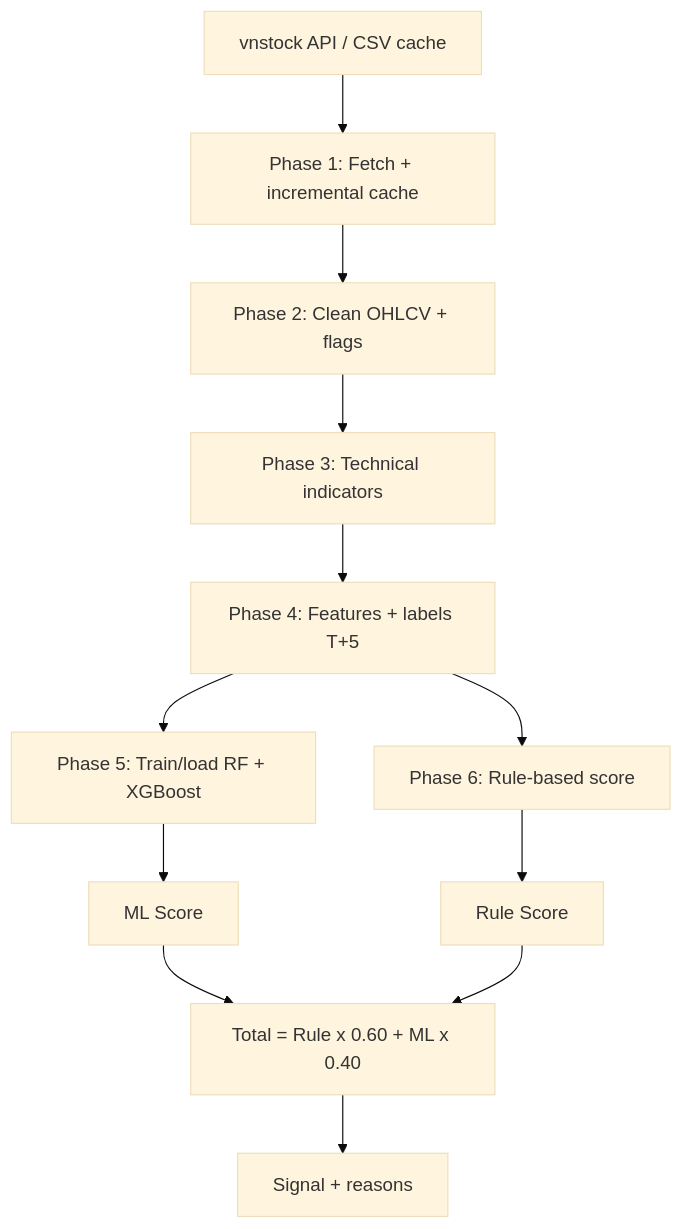
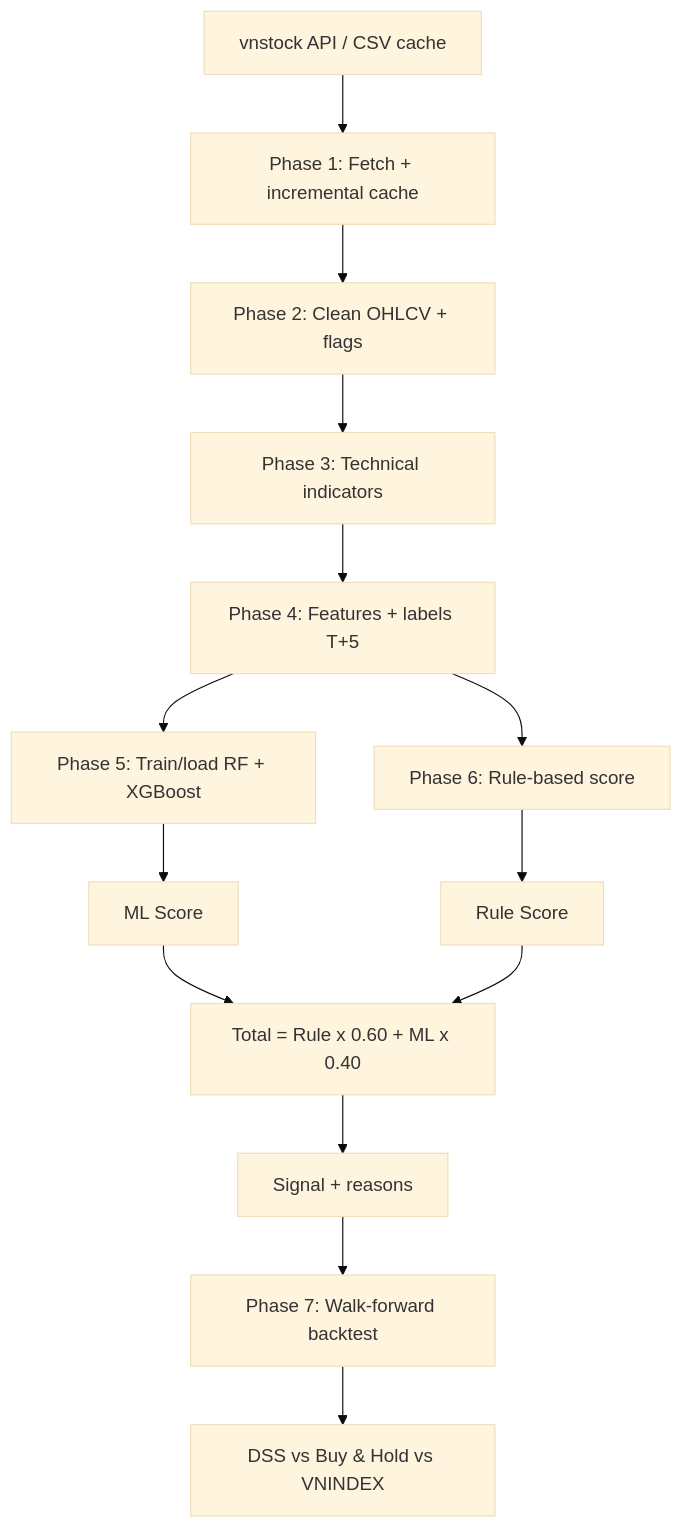
The diagram in README.md (DuykoNgu/Dss), drawn with Mermaid (base theme) before and after one commit. The commit also changed other lines of this file and 21 other files, not shown here.

````diff
--- a/README.md
+++ b/README.md
@@ -140,14 +141,16 @@
 ```mermaid
 flowchart TD
     A["vnstock API / CSV cache"] --> B["Phase 1: Fetch + incremental cache"]
     B --> C["Phase 2: Clean OHLCV + flags"]
     C --> D["Phase 3: Technical indicators"]
     D --> E["Phase 4: Features + labels T+5"]
     E --> F["Phase 5: Train/load RF + XGBoost"]
     E --> G["Phase 6: Rule-based score"]
     F --> H["ML Score"]
     G --> I["Rule Score"]
     H --> J["Total = Rule x 0.60 + ML x 0.40"]
     I --> J
     J --> K["Signal + reasons"]
+    K --> L["Phase 7: Walk-forward backtest"]
+    L --> M["DSS vs Buy & Hold vs VNINDEX"]
 ```
````
